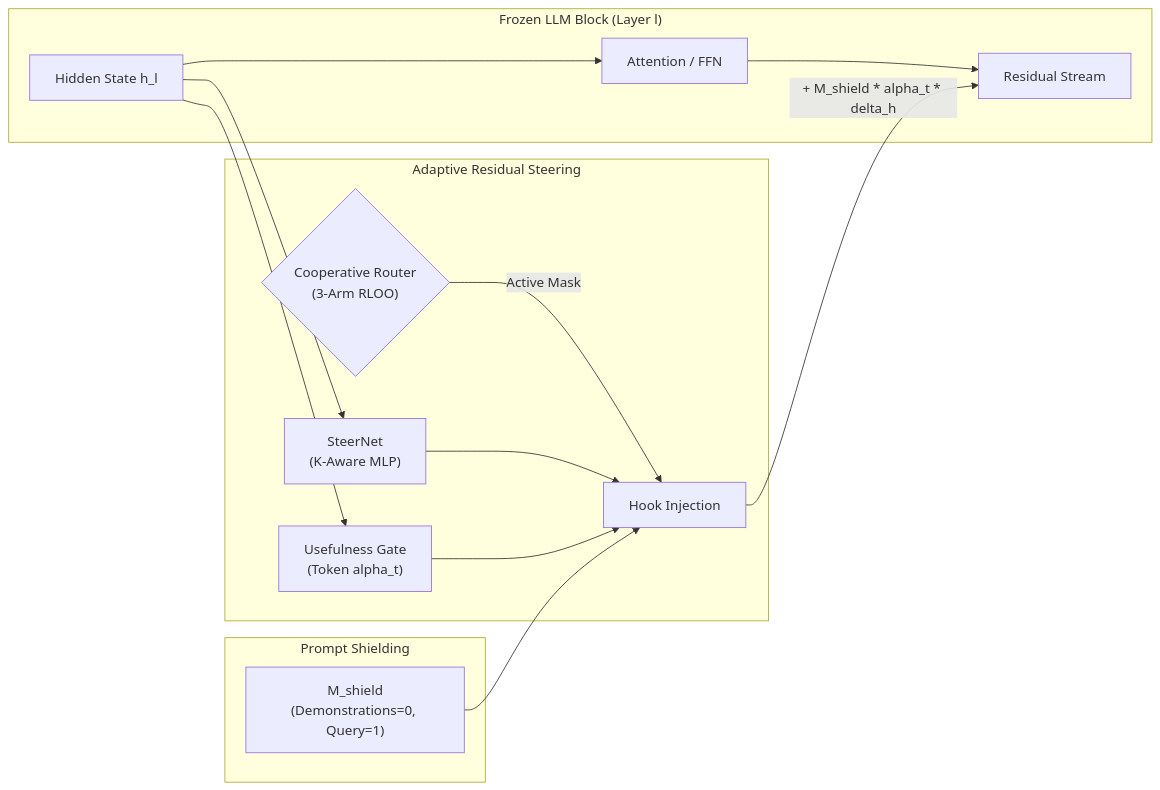
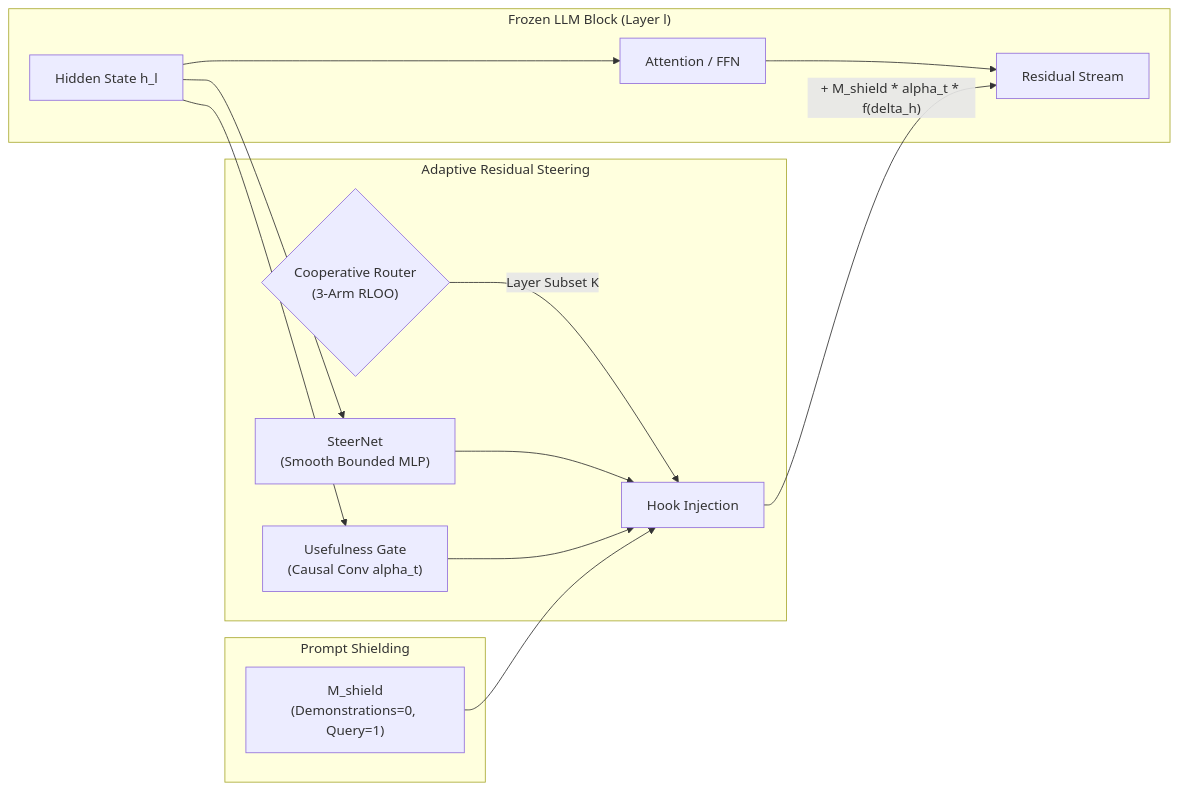
The diagram in README.md (Abdullah182155/adaptive-residual-steering), drawn with Mermaid before and after one commit. The commit also changed other lines of this file and 2 other files, not shown here.

````diff
--- a/README.md
+++ b/README.md
@@ -25,21 +29,21 @@
 ```mermaid
 flowchart LR
     subgraph Backbone["Frozen LLM Block (Layer l)"]
         H["Hidden State h_l"] --> Attn["Attention / FFN"]
         Attn --> Resid["Residual Stream"]
     end
 
     subgraph ARS["Adaptive Residual Steering"]
-        Router{"Cooperative Router\n(3-Arm RLOO)"} -->|Active Mask| Hook["Hook Injection"]
-        H --> SteerNet["SteerNet\n(K-Aware MLP)"]
-        H --> Gate["Usefulness Gate\n(Token alpha_t)"]
+        Router{"Cooperative Router\n(3-Arm RLOO)"} -->|Layer Subset K| Hook["Hook Injection"]
+        H --> SteerNet["SteerNet\n(Smooth Bounded MLP)"]
+        H --> Gate["Usefulness Gate\n(Causal Conv alpha_t)"]
         SteerNet --> Hook
         Gate --> Hook
     end
 
     subgraph Shield["Prompt Shielding"]
         Mask["M_shield\n(Demonstrations=0, Query=1)"] --> Hook
     end
 
-    Hook -->|"+ M_shield * alpha_t * delta_h"| Resid
+    Hook -->|"+ M_shield * alpha_t * f(delta_h)"| Resid
 ```
````
